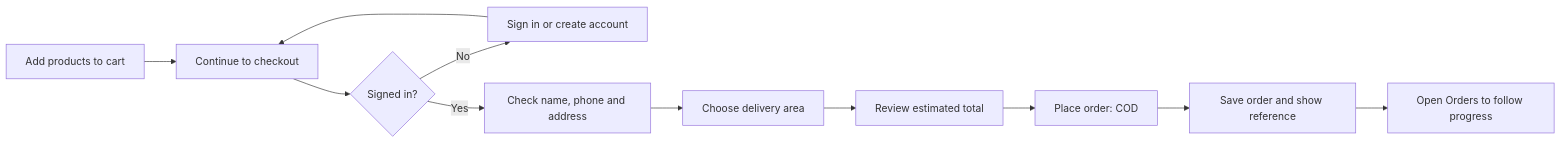
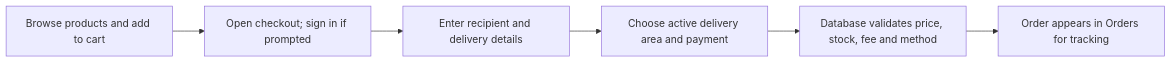
The first of 3 diagrams in docs/USER_MANUAL.md (hasantanvir286-art/Frostly), drawn with Mermaid before and after one commit. The commit also changed other lines of this file and 5 other files, not shown here.

````diff
--- a/docs/USER_MANUAL.md
+++ b/docs/USER_MANUAL.md
@@ -59,13 +61,4 @@
 ```mermaid
 flowchart LR
-  A[Add products to cart] --> B[Continue to checkout]
-  B --> C{Signed in?}
-  C -- No --> D[Sign in or create account]
-  D --> B
-  C -- Yes --> E[Check name, phone and address]
-  E --> F[Choose delivery area]
-  F --> G[Review estimated total]
-  G --> H[Place order: COD]
-  H --> I[Save order and show reference]
-  I --> J[Open Orders to follow progress]
+  A[Browse products and add to cart] --> B[Open checkout; sign in if prompted] --> C[Enter recipient and delivery details] --> D[Choose active delivery area and payment] --> E[Database validates price, stock, fee and method] --> F[Order appears in Orders for tracking]
 ```
````
